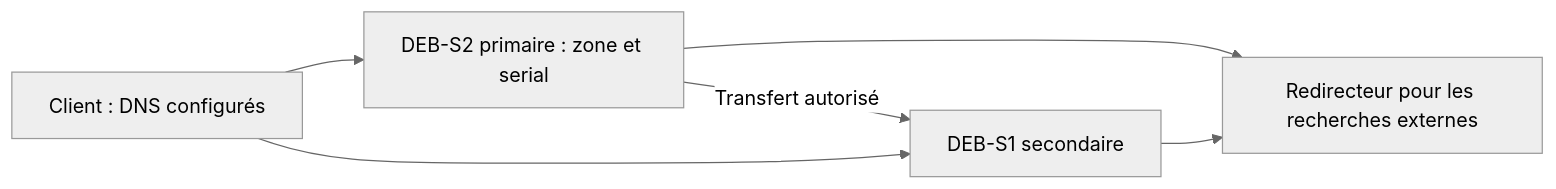
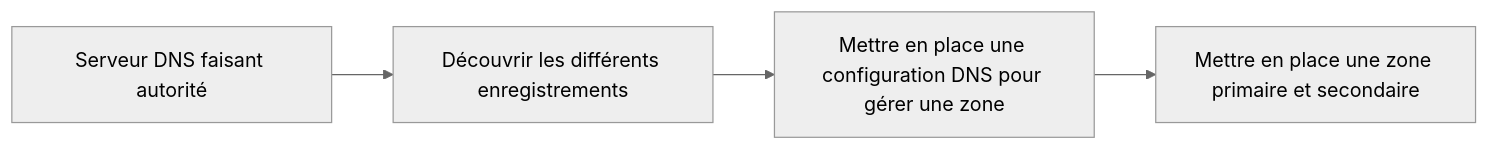
Before and after one commit to sk34pk25/tssr-cours: the second of 5 diagrams in docs/modules/15-services-reseau-en-environnement-linux/module-07-dns-autoritaire-sur-zone.md, drawn with Mermaid (neutral theme). The commit also changed other lines of this file and 6 other files, not shown here.

````diff
--- a/docs/modules/15-services-reseau-en-environnement-linux/module-07-dns-autoritaire-sur-zone.md
+++ b/docs/modules/15-services-reseau-en-environnement-linux/module-07-dns-autoritaire-sur-zone.md
@@ -120,8 +78,10 @@
 ```mermaid
 flowchart LR
- P["DEB-S2 primaire : zone et serial"] -->|Transfert autorisé| S["DEB-S1 secondaire"]
- C["Client : DNS configurés"] --> P
- C --> S
- P --> R["Redirecteur pour les recherches externes"]
- S --> R
+    N1["Serveur DNS faisant autorité"]
+    N2["Découvrir les différents enregistrements"]
+    N3["Mettre en place une configuration DNS pour gérer une zone"]
+    N4["Mettre en place une zone primaire et secondaire"]
+    N1 --> N2
+    N2 --> N3
+    N3 --> N4
 ```
````
